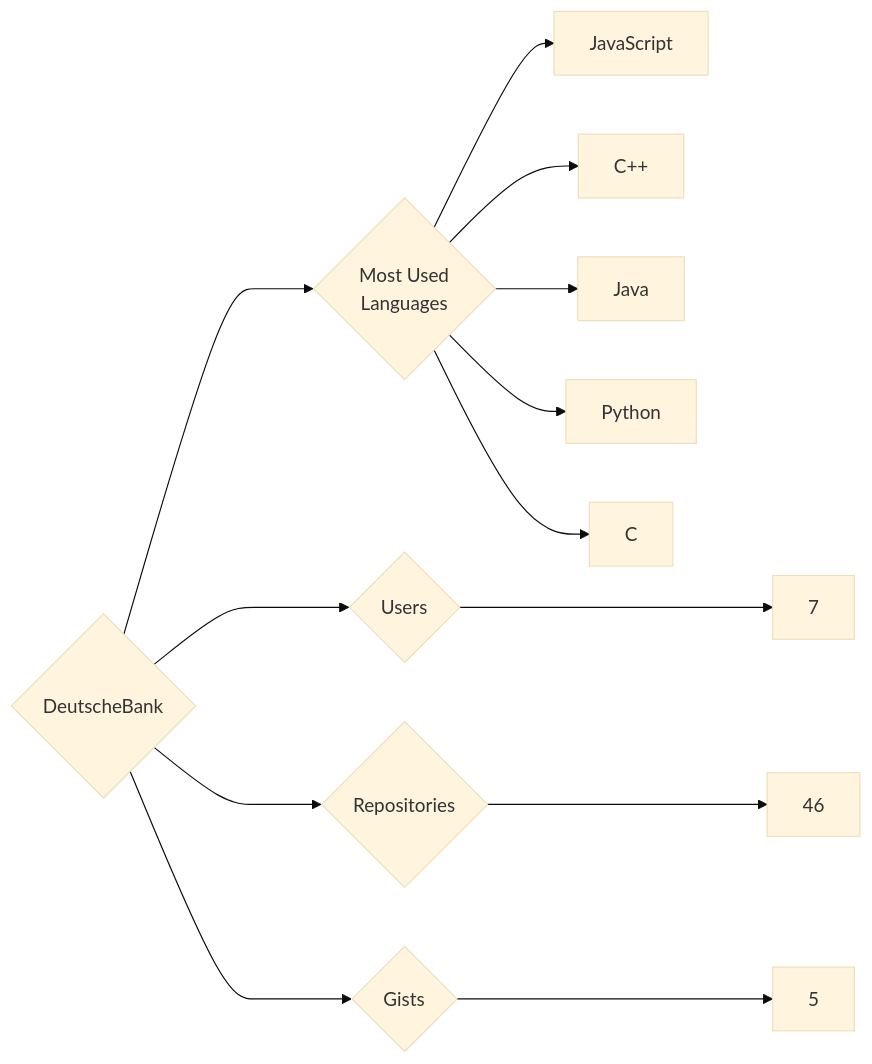
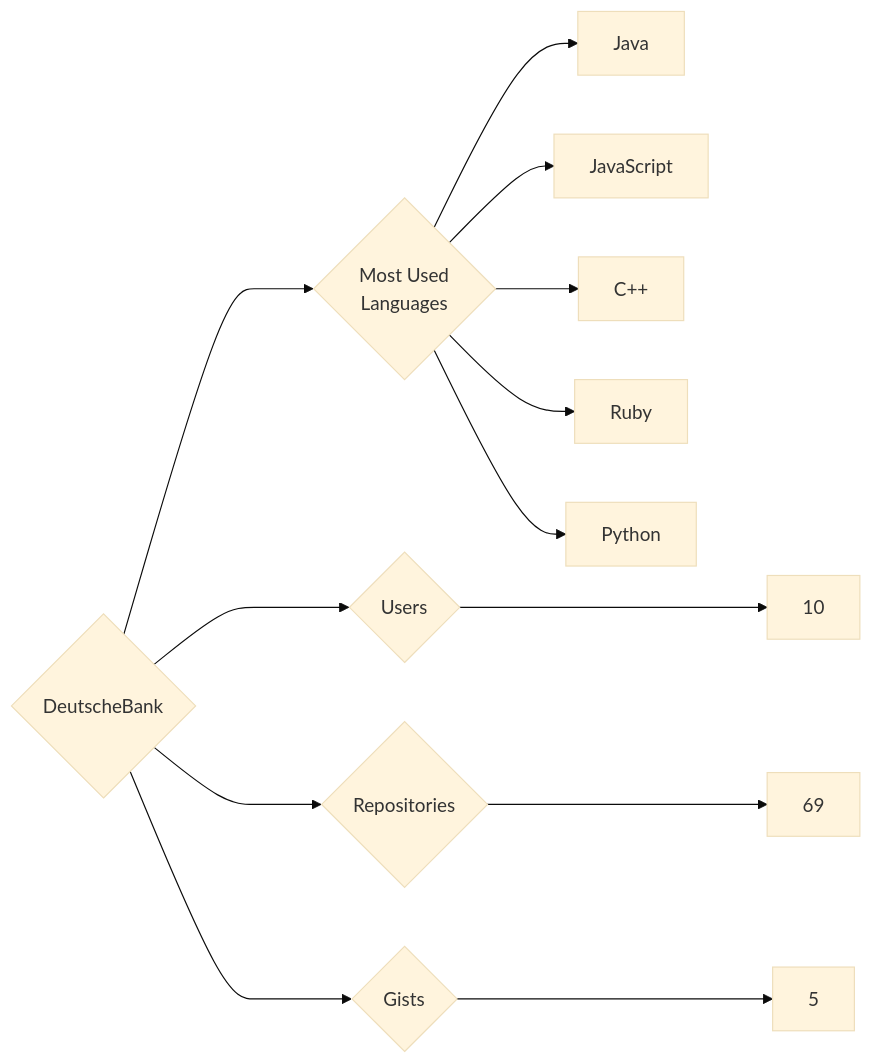
Before and after one commit to trickest/insiders: the diagram in targets/DeutscheBank/README.md, drawn with Mermaid (base theme). The commit also changed 1167 other files, not shown here.

````diff
--- a/targets/DeutscheBank/README.md
+++ b/targets/DeutscheBank/README.md
@@ -3,13 +3,13 @@
 ```mermaid
 graph LR
 COMPANY_NAME{DeutscheBank}
-COMPANY_NAME ---> U{Users} ---> UN[7]
-COMPANY_NAME ---> R{Repositories} ---> RN[46]
+COMPANY_NAME ---> U{Users} ---> UN[10]
+COMPANY_NAME ---> R{Repositories} ---> RN[69]
 COMPANY_NAME ---> G{Gists} ---> GN[5]
 COMPANY_NAME ---> ML{Most Used<br>Languages}
+ML --> Java[Java]
 ML --> JavaScript[JavaScript]
 ML --> C++[C++]
-ML --> Java[Java]
+ML --> Ruby[Ruby]
 ML --> Python[Python]
-ML --> C[C]
 ```
````
